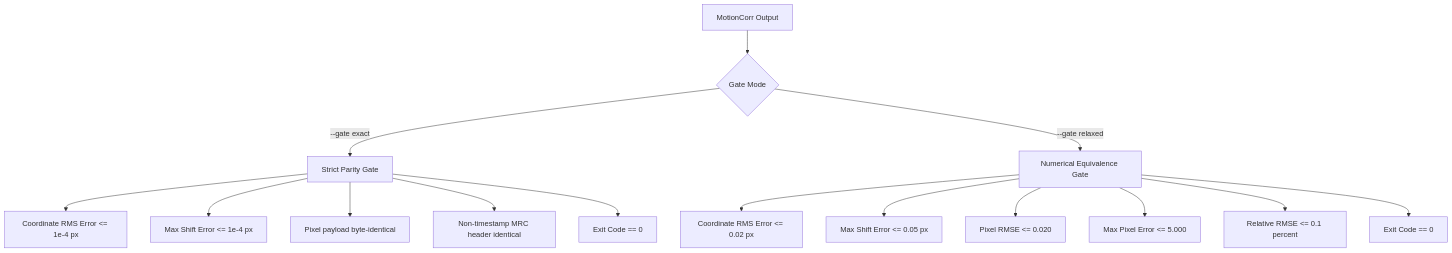
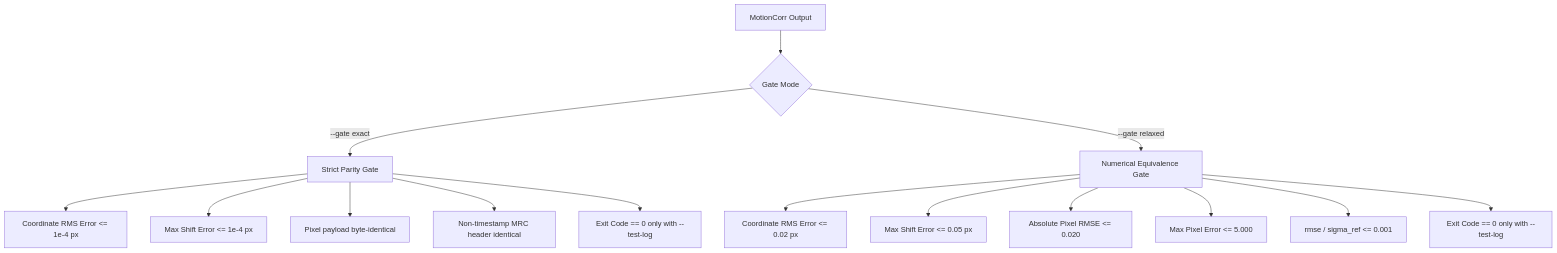
One commit to KingAlejandro/MotionCorr-standalone changed the diagram in docs/reference_gates.md. Above: the diagram before and after it, drawn with Mermaid. The commit also changed other lines of this file and 2 other files, not shown here.

````diff
--- a/docs/reference_gates.md
+++ b/docs/reference_gates.md
@@ -106,19 +109,19 @@
 ```mermaid
 graph TD
     A[MotionCorr Output] --> B{Gate Mode}
     B -->|--gate exact| C[Strict Parity Gate]
     B -->|--gate relaxed| D[Numerical Equivalence Gate]
     
     C --> C1[Coordinate RMS Error <= 1e-4 px]
     C --> C2[Max Shift Error <= 1e-4 px]
     C --> C3[Pixel payload byte-identical]
     C --> C4[Non-timestamp MRC header identical]
-    C --> C5[Exit Code == 0]
+    C --> C5[Exit Code == 0 only with --test-log]
     
     D --> D1[Coordinate RMS Error <= 0.02 px]
     D --> D2[Max Shift Error <= 0.05 px]
-    D --> D3[Pixel RMSE <= 0.020]
+    D --> D3[Absolute Pixel RMSE <= 0.020]
     D --> D4[Max Pixel Error <= 5.000]
-    D --> D5[Relative RMSE <= 0.1 percent]
-    D --> D6[Exit Code == 0]
+    D --> D5[rmse / sigma_ref <= 0.001]
+    D --> D6[Exit Code == 0 only with --test-log]
 ```
````
